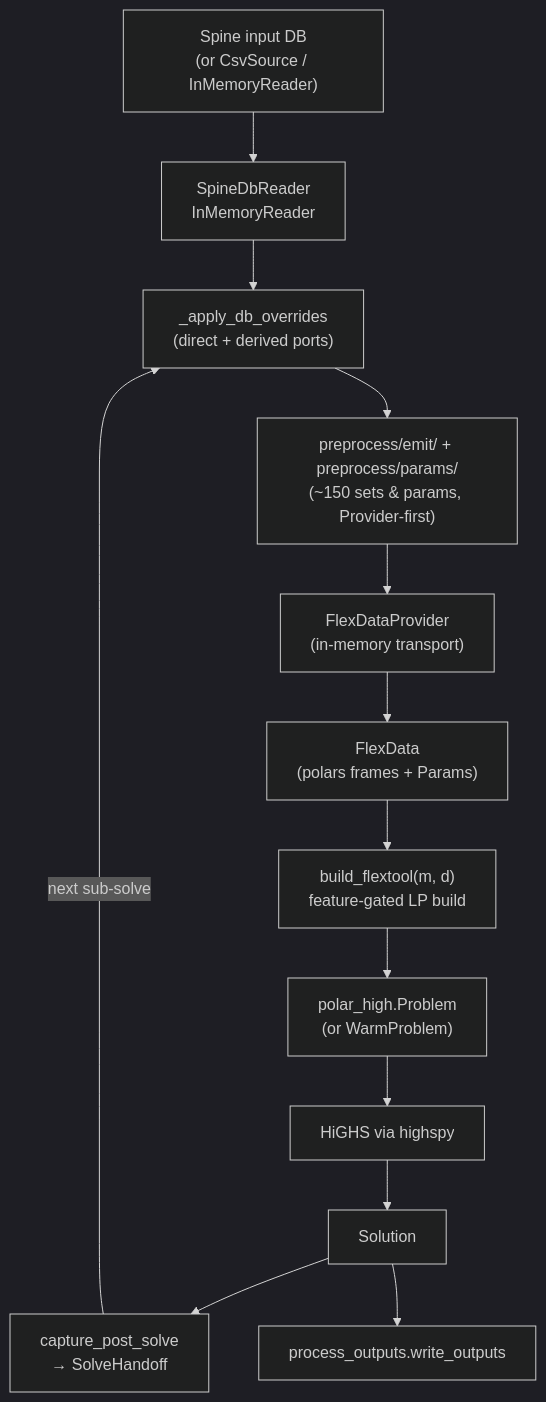
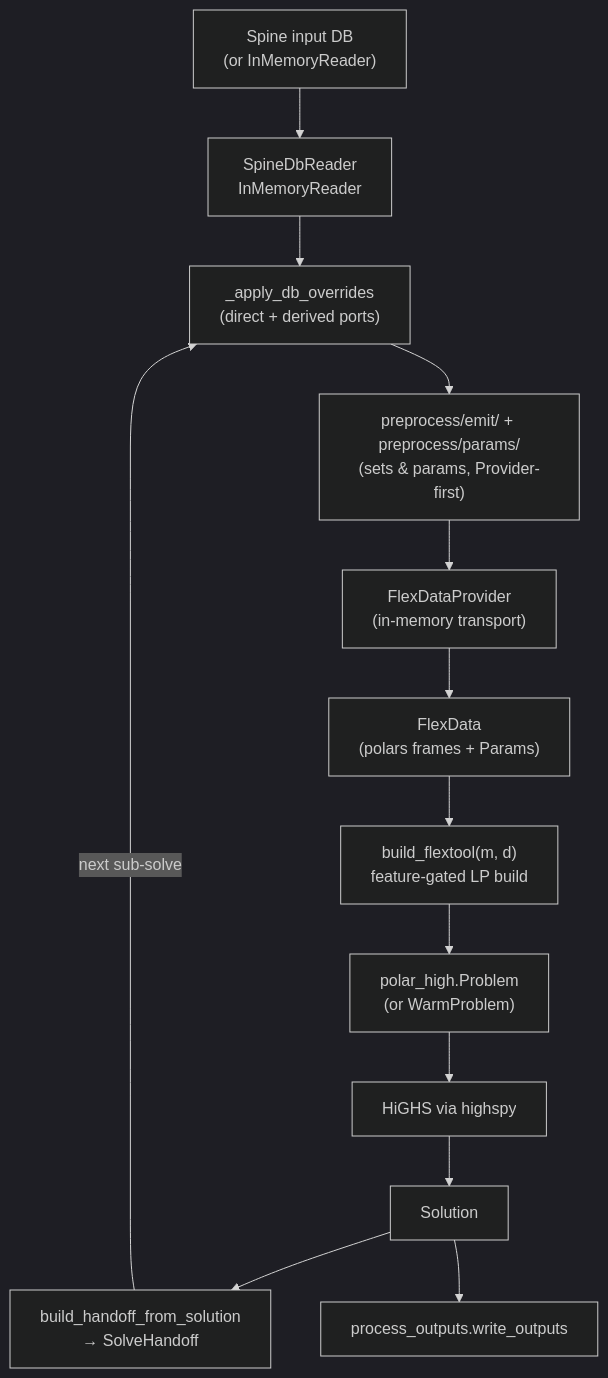
One commit to irena-flextool/flextool changed the diagram in docs/dev/engine.md. Above: the diagram before and after it, drawn with Mermaid (dark theme). The commit also changed other lines of this file and 8 other files, not shown here.

First line of the commit message:
docs(dev): one home per topic in architecture.md / engine.md; CSV reload shelved

````diff
--- a/docs/dev/engine.md
+++ b/docs/dev/engine.md
@@ -27,15 +37,15 @@
 ```mermaid
 flowchart TD
-  src["Spine input DB<br/>(or CsvSource / InMemoryReader)"] --> reader
+  src["Spine input DB<br/>(or InMemoryReader)"] --> reader
   reader["SpineDbReader<br/>InMemoryReader"] --> overlay
   overlay["_apply_db_overrides<br/>(direct + derived ports)"] --> emit
-  emit["preprocess/emit/ + preprocess/params/<br/>(~150 sets &amp; params, Provider-first)"] --> provider["FlexDataProvider<br/>(in-memory transport)"]
+  emit["preprocess/emit/ + preprocess/params/<br/>(sets &amp; params, Provider-first)"] --> provider["FlexDataProvider<br/>(in-memory transport)"]
   provider --> flex["FlexData<br/>(polars frames + Params)"]
   flex --> build["build_flextool(m, d)<br/>feature-gated LP build"]
   build --> prob["polar_high.Problem<br/>(or WarmProblem)"]
   prob --> highs["HiGHS via highspy"]
   highs --> sol["Solution"]
-  sol --> capture["capture_post_solve<br/>→ SolveHandoff"]
+  sol --> capture["build_handoff_from_solution<br/>→ SolveHandoff"]
   capture -->|next sub-solve| overlay
   sol --> outputs["process_outputs.write_outputs"]
 ```
````
